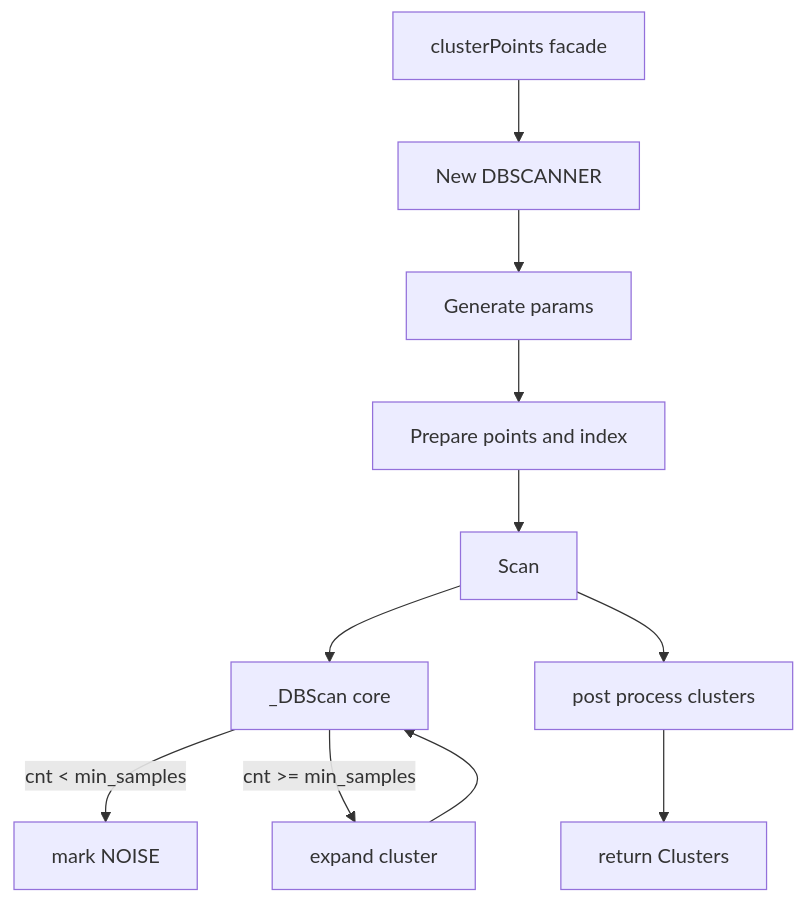
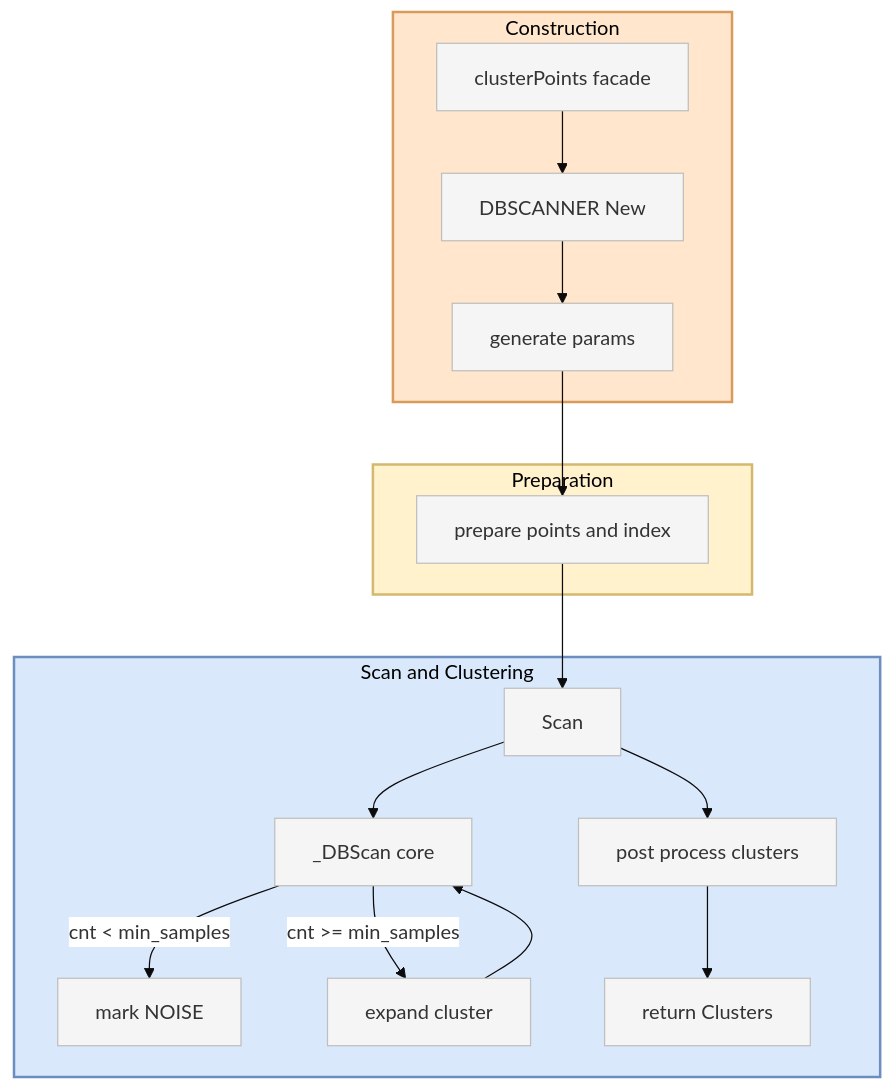
One commit to Gh0st352/AETHR changed the first of 12 diagrams in docs/ai/dbscan.md. Above: the diagram before and after it, drawn with Mermaid. The commit also changed other lines of this file and 2 other files, not shown here.

Commit message:
docs: enhance diagrams in README, data_structures, and dbscan with subgraphs, improved styles, and readability adjustments

````diff
--- a/docs/ai/dbscan.md
+++ b/docs/ai/dbscan.md
@@ -11,13 +11,32 @@
 ```mermaid
-flowchart TD
-  CP[clusterPoints facade] --> NW[New DBSCANNER]
-  NW --> GP[Generate params]
-  GP --> PR[Prepare points and index]
-  PR --> SC[Scan]
-  SC --> DB[_DBScan core]
-  DB -->|cnt < min_samples| NS[mark NOISE]
-  DB -->|cnt >= min_samples| EX[expand cluster]
-  EX --> DB
-  SC --> PP[post process clusters]
-  PP --> OUT[return Clusters]
+%%{init: {"theme":"base", "themeVariables": {"primaryColor":"#f5f5f5","edgeLabelBackground":"#ffffff"}}}%%
+flowchart 
+  %% Overview split into Construction, Preparation, Scan/Core, and PostProcessing
+  subgraph CONSTR [Construction]
+    CP[clusterPoints facade]
+    NW[DBSCANNER New]
+    CP --> NW
+    NW --> GP[generate params]
+  end
+  style CONSTR fill:#ffe6cc,stroke:#d99a5a,stroke-width:2px
+
+  subgraph PREP [Preparation]
+    GP --> PR[prepare points and index]
+  end
+  style PREP fill:#fff2cc,stroke:#d4b86f,stroke-width:2px
+
+  subgraph SCAN [Scan and Clustering]
+    PR --> SC[Scan]
+    SC --> DB[_DBScan core]
+    DB -->|cnt < min_samples| NS[mark NOISE]
+    DB -->|cnt >= min_samples| EX[expand cluster]
+    EX --> DB
+    SC --> PP[post process clusters]
+    PP --> OUT[return Clusters]
+  end
+  style SCAN fill:#dae8fc,stroke:#6c8ebf,stroke-width:2px
+
+  %% Styling for nodes
+  classDef process fill:#f5f5f5,stroke:#bfbfbf,stroke-width:1px
+  class CP,NW,GP,PR,SC,DB,NS,EX,PP,OUT process
 ```
````
